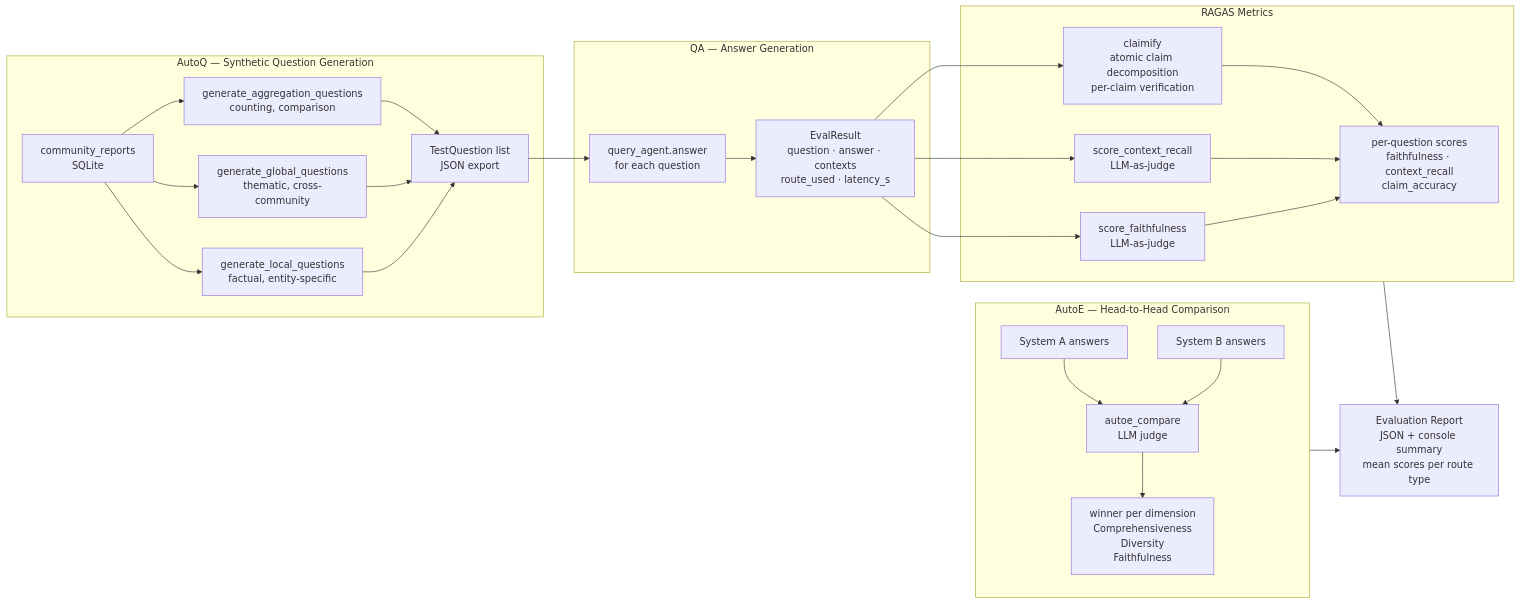
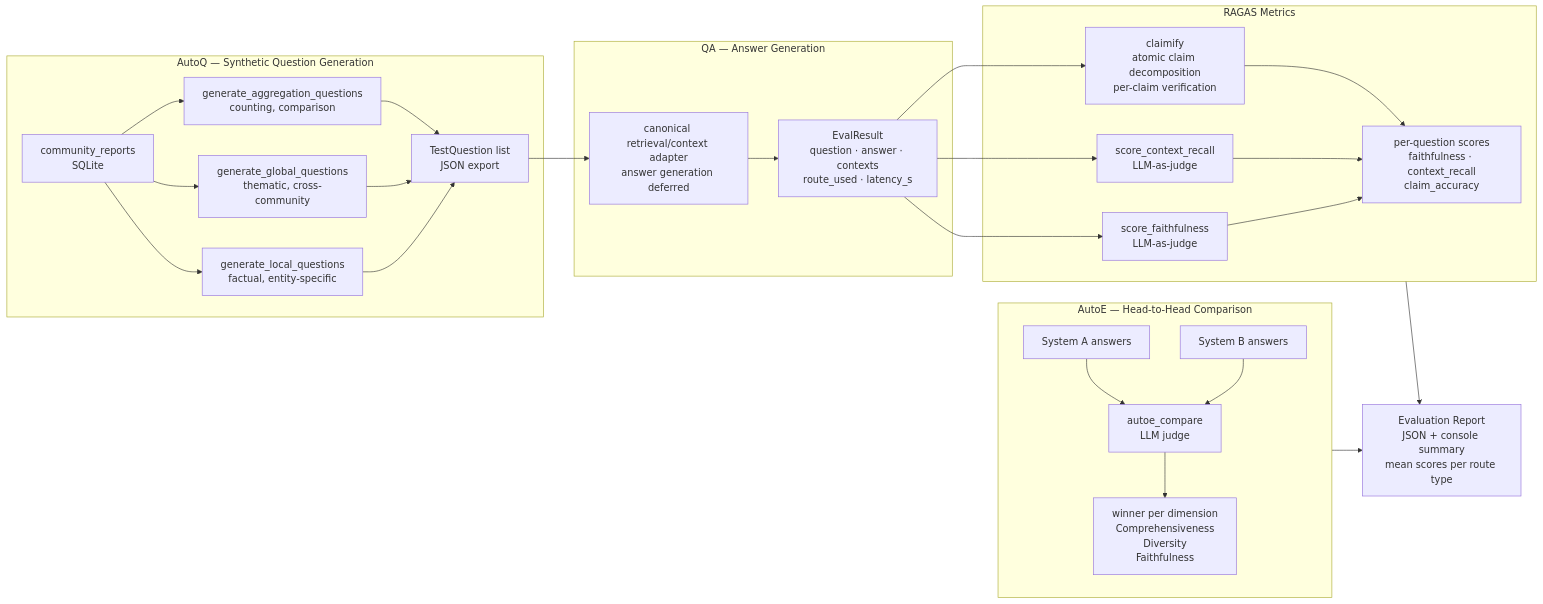
One commit to Sven-Lutz/Klima_GraphRAG changed the third of 4 diagrams in docs/pipeline_diagrams.md. Above: the diagram before and after it, drawn with Mermaid. The commit also changed other lines of this file and 20 other files, not shown here.

Commit message:
feat: add canonical retrieval and deterministic citations

````diff
--- a/docs/pipeline_diagrams.md
+++ b/docs/pipeline_diagrams.md
@@ -94,30 +80,30 @@
 ```mermaid
 flowchart LR
     subgraph AutoQ["AutoQ — Synthetic Question Generation"]
         AQ1[community_reports\nSQLite] --> AQ2[generate_local_questions\nfactual, entity-specific]
         AQ1 --> AQ3[generate_global_questions\nthematic, cross-community]
         AQ1 --> AQ4[generate_aggregation_questions\ncounting, comparison]
         AQ2 & AQ3 & AQ4 --> AQ5[TestQuestion list\nJSON export]
     end
 
     subgraph QA["QA — Answer Generation"]
-        AQ5 --> QA1[query_agent.answer\nfor each question]
+        AQ5 --> QA1[canonical retrieval/context adapter\nanswer generation deferred]
         QA1 --> QA2[EvalResult\nquestion · answer · contexts\nroute_used · latency_s]
     end
 
     subgraph RAGAS["RAGAS Metrics"]
         QA2 --> R1[score_faithfulness\nLLM-as-judge]
         QA2 --> R2[score_context_recall\nLLM-as-judge]
         QA2 --> R3[claimify\natomic claim decomposition\nper-claim verification]
         R1 & R2 & R3 --> R4[per-question scores\nfaithfulness · context_recall\nclaim_accuracy]
     end
 
     subgraph AutoE["AutoE — Head-to-Head Comparison"]
         SYS_A[System A answers] --> AE1[autoe_compare\nLLM judge]
         SYS_B[System B answers] --> AE1
         AE1 --> AE2[winner per dimension\nComprehensiveness\nDiversity\nFaithfulness]
     end
 
     RAGAS --> RPT[Evaluation Report\nJSON + console summary\nmean scores per route type]
     AutoE --> RPT
 ```
````
